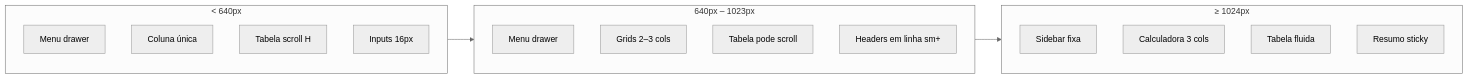
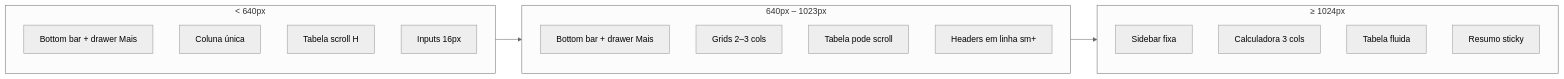
Before and after one commit to academiadoaplicador-cpu/aplica-prov5: the diagram in docs/MOBILE_DESIGN.md, drawn with Mermaid (neutral theme). The commit also changed other lines of this file and 24 other files, not shown here.

````diff
--- a/docs/MOBILE_DESIGN.md
+++ b/docs/MOBILE_DESIGN.md
@@ -257,22 +292,22 @@
 ```mermaid
 flowchart LR
   subgraph mobile ["&lt; 640px"]
-    M1[Menu drawer]
+    M1[Bottom bar + drawer Mais]
     M2[Coluna única]
     M3[Tabela scroll H]
     M4[Inputs 16px]
   end
   subgraph tablet ["640px – 1023px"]
-    T1[Menu drawer]
+    T1[Bottom bar + drawer Mais]
     T2[Grids 2–3 cols]
     T3[Tabela pode scroll]
     T4[Headers em linha sm+]
   end
   subgraph desktop ["≥ 1024px"]
     D1[Sidebar fixa]
     D2[Calculadora 3 cols]
     D3[Tabela fluida]
     D4[Resumo sticky]
   end
   mobile --> tablet --> desktop
 ```
````
